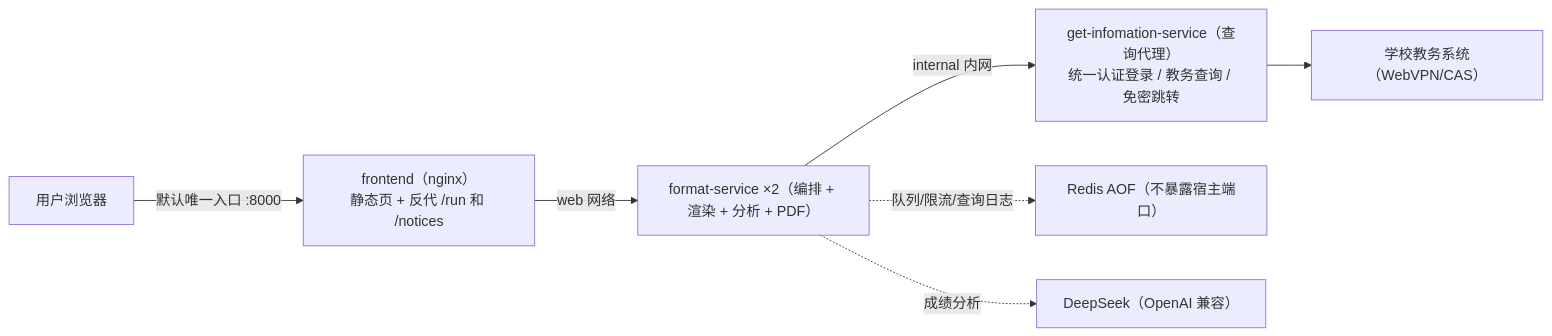
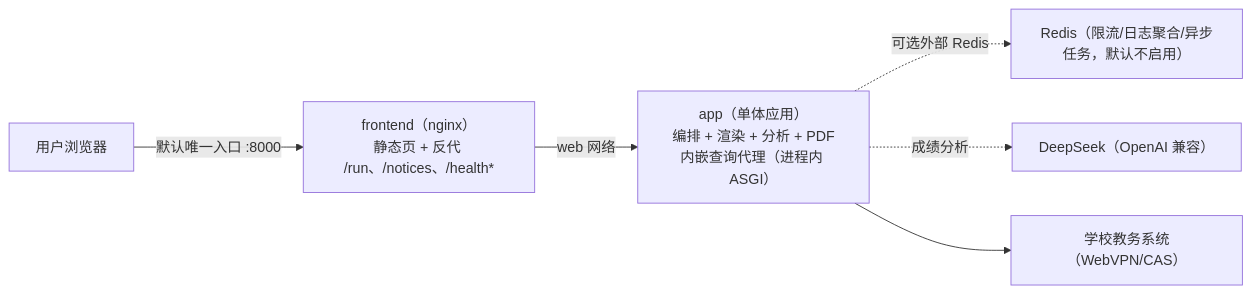
One commit to Lzf07123/Stpt-Query changed the diagram in README.md. Above: the diagram before and after it, drawn with Mermaid. The commit also changed other lines of this file and 52 other files, not shown here.

````diff
--- a/README.md
+++ b/README.md
@@ -63,9 +61,8 @@
 ```mermaid
 flowchart LR
-    U[用户浏览器] -->|默认唯一入口 :8000| F["frontend（nginx）<br/>静态页 + 反代 /run 和 /notices"]
-    F -->|web 网络| S["format-service ×2（编排 + 渲染 + 分析 + PDF）"]
-    S -->|internal 内网| G["get-infomation-service（查询代理）<br/>统一认证登录 / 教务查询 / 免密跳转"]
-    S -.队列/限流/查询日志.-> R["Redis AOF（不暴露宿主端口）"]
+    U[用户浏览器] -->|默认唯一入口 :8000| F["frontend（nginx）<br/>静态页 + 反代 /run、/notices、/health*"]
+    F -->|web 网络| S["app（单体应用）<br/>编排 + 渲染 + 分析 + PDF<br/>内嵌查询代理（进程内 ASGI）"]
+    S -.可选外部 Redis.-> R["Redis（限流/日志聚合/异步任务，默认不启用）"]
     S -.成绩分析.-> L["DeepSeek（OpenAI 兼容）"]
-    G --> U2["学校教务系统（WebVPN/CAS）"]
+    S --> U2["学校教务系统（WebVPN/CAS）"]
 ```
````
